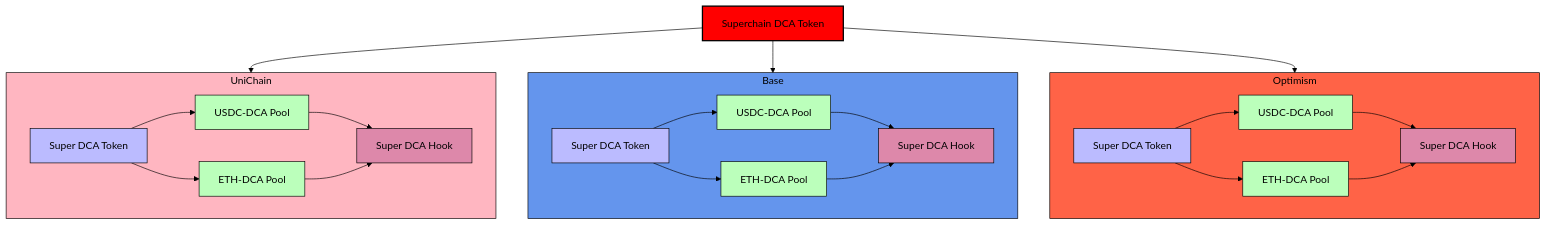
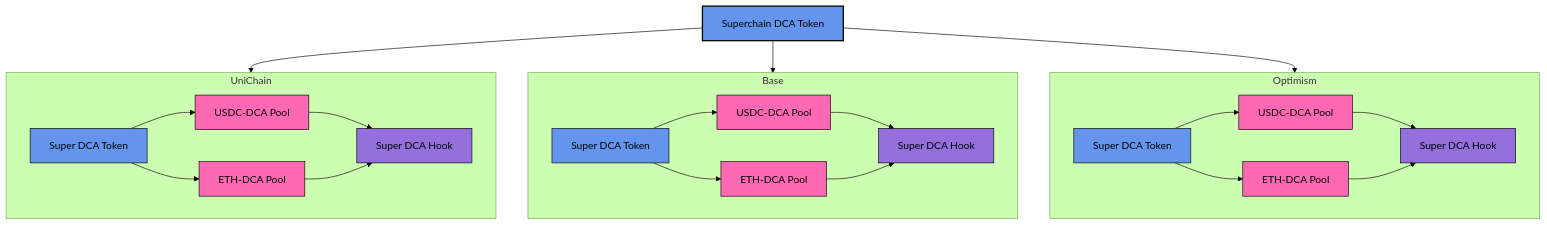
Before and after one commit to Super-DCA-Tech/super-dca-whitepaper: the diagram in Super_DCA_1pager.md, drawn with Mermaid (forest theme). The commit also changed other lines of this file, not shown here.

````diff
--- a/Super_DCA_1pager.md
+++ b/Super_DCA_1pager.md
@@ -19,58 +19,55 @@
 ```mermaid
-flowchart TD
+flowchart TB
     DCA[Superchain DCA Token] --> UniChain
     DCA --> Base
     DCA --> Optimism
     
     subgraph UniChain
+        direction LR
         UC_DCA[Super DCA Token]
         UC_USDC_Pool[USDC-DCA Pool]
         UC_ETH_Pool[ETH-DCA Pool]
         UC_Hook[Super DCA Hook]
         
         UC_DCA --> UC_USDC_Pool
         UC_DCA --> UC_ETH_Pool
         UC_USDC_Pool --> UC_Hook
         UC_ETH_Pool --> UC_Hook
     end
     
     subgraph Base
+        direction LR
         Base_DCA[Super DCA Token]
         Base_USDC_Pool[USDC-DCA Pool]
         Base_ETH_Pool[ETH-DCA Pool]
         Base_Hook[Super DCA Hook]
         
         Base_DCA --> Base_USDC_Pool
         Base_DCA --> Base_ETH_Pool
         Base_USDC_Pool --> Base_Hook
         Base_ETH_Pool --> Base_Hook
     end
     
     subgraph Optimism
+        direction LR
         Op_DCA[Super DCA Token]
         Op_USDC_Pool[USDC-DCA Pool]
         Op_ETH_Pool[ETH-DCA Pool]
         Op_Hook[Super DCA Hook]
         
         Op_DCA --> Op_USDC_Pool
         Op_DCA --> Op_ETH_Pool
         Op_USDC_Pool --> Op_Hook
         Op_ETH_Pool --> Op_Hook
     end
     
-    classDef network fill:#ff0000,stroke:#000,stroke-width:2px,color:#000
-    classDef token fill:#bbf,stroke:#000,stroke-width:1px,color:#000
-    classDef pool fill:#bfb,stroke:#000,stroke-width:1px,color:#000
-    classDef unichain fill:#ffb6c1,stroke:#000,stroke-width:1px,color:#000
-    classDef base fill:#6495ED,stroke:#000,stroke-width:1px,color:#000
-    classDef optimism fill:#FF6347,stroke:#000,stroke-width:1px,color:#000
-    classDef hook fill:#d8a,stroke:#000,stroke-width:1px,color:#000
+    classDef network fill:#6495ED,stroke:#000,stroke-width:2px,color:#000
+    classDef token fill:#6495ED,stroke:#000,stroke-width:1px,color:#000
+    classDef pool fill:#FF69B4,stroke:#000,stroke-width:1px,color:#000
+    classDef hook fill:#9370DB,stroke:#000,stroke-width:1px,color:#000
     
-    class UniChain unichain
-    class Base base
-    class Optimism optimism
     class DCA network
     class UC_DCA,Base_DCA,Op_DCA token
     class UC_USDC_Pool,UC_ETH_Pool,Base_USDC_Pool,Base_ETH_Pool,Op_USDC_Pool,Op_ETH_Pool pool
     class UC_Hook,Base_Hook,Op_Hook hook
 ```
````
